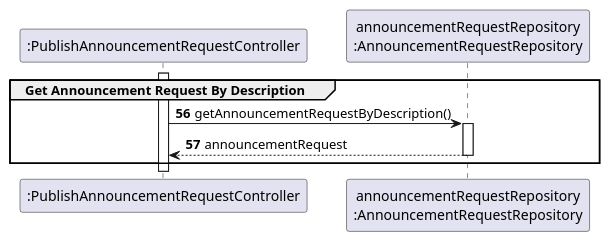
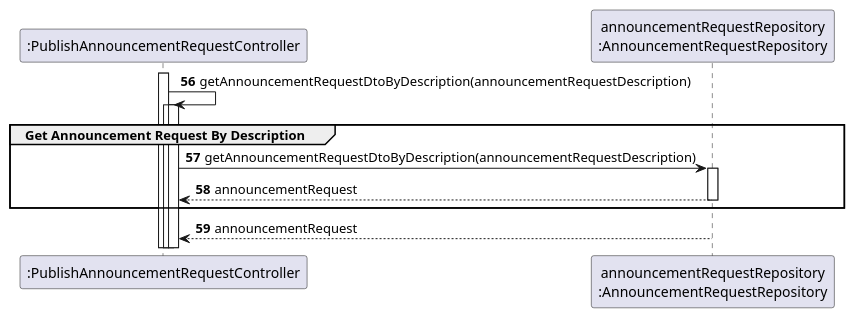
The diagram in docs/sprintC/US08/03.design/puml/us08-sequence-diagram-partial-getAnnouncementRequest.puml (PureNimble/ISEP-LAPR2), drawn with PlantUML before and after one commit. The commit also changed 9 other files, not shown here.

First line of the commit message:
Us08- updating the class Diagram refering to the dtos and updating the some of the partial sd and the full one

```diff
--- a/docs/sprintC/US08/03.design/puml/us08-sequence-diagram-partial-getAnnouncementRequest.puml
+++ b/docs/sprintC/US08/03.design/puml/us08-sequence-diagram-partial-getAnnouncementRequest.puml
@@ -1,20 +1,28 @@
 @startuml
 'https://plantuml.com/sequence-diagram
 
 
 participant ":PublishAnnouncementRequestController" as PublishAnnouncementRequestController
 participant "announcementRequestRepository\n:AnnouncementRequestRepository" as AnnouncementRequestRepository
 
 autonumber 56
 
+activate PublishAnnouncementRequestController
+
+PublishAnnouncementRequestController -> PublishAnnouncementRequestController:getAnnouncementRequestDtoByDescription(announcementRequestDescription)
+activate PublishAnnouncementRequestController
+
 Group Get Announcement Request By Description
 
 activate PublishAnnouncementRequestController
 
-PublishAnnouncementRequestController -> AnnouncementRequestRepository :getAnnouncementRequestByDescription()
+PublishAnnouncementRequestController -> AnnouncementRequestRepository :getAnnouncementRequestDtoByDescription(announcementRequestDescription)
 activate AnnouncementRequestRepository
 
 AnnouncementRequestRepository --> PublishAnnouncementRequestController:announcementRequest
 deactivate AnnouncementRequestRepository
 end
+
+AnnouncementRequestRepository --> PublishAnnouncementRequestController:announcementRequest
+deactivate AnnouncementRequestRepository
 @enduml
```
